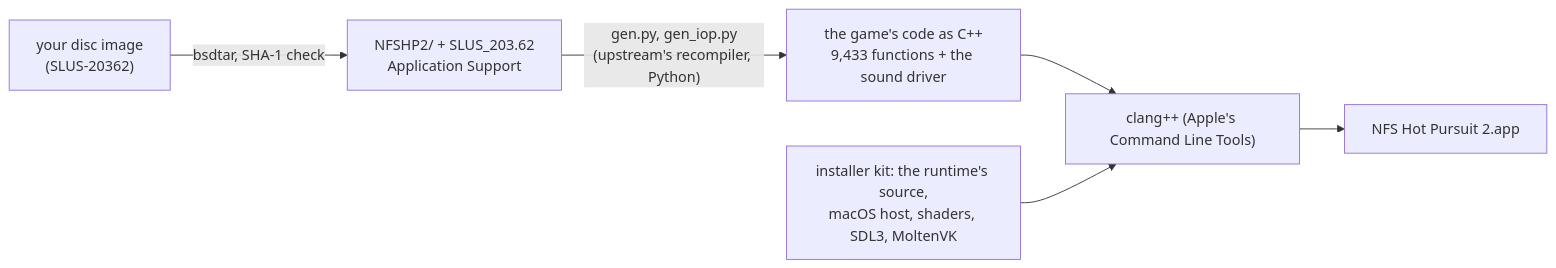
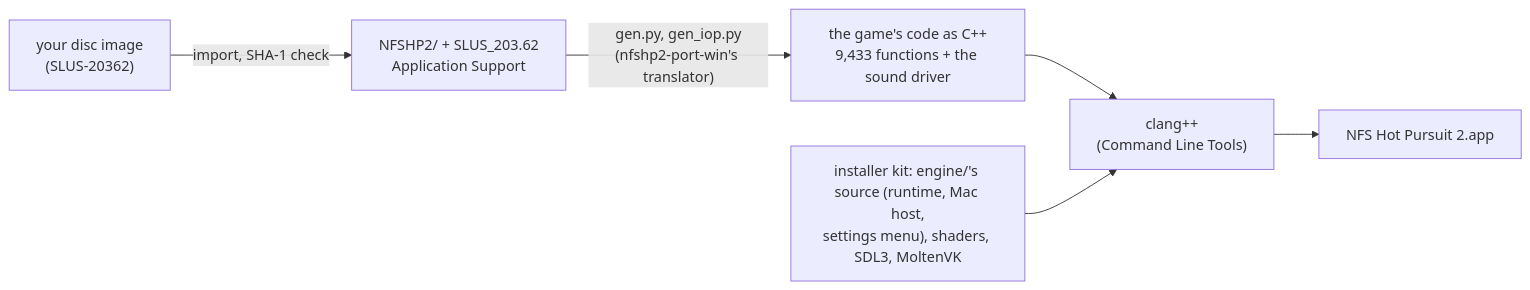
One commit to sanyokkua/nfs-hp2-ps2-port changed the first of 2 diagrams in README.md. Above: the diagram before and after it, drawn with Mermaid. The commit also changed other lines of this file and 80 other files, not shown here.

````diff
--- a/README.md
+++ b/README.md
@@ -66,8 +132,8 @@
 ```mermaid
 flowchart LR
-    ISO["your disc image<br/>(SLUS-20362)"] -->|bsdtar, SHA-1 check| GAME["NFSHP2/ + SLUS_203.62<br/>Application Support"]
-    GAME -->|"gen.py, gen_iop.py<br/>(upstream's recompiler, Python)"| CPP["the game's code as C++<br/>9,433 functions + the sound driver"]
-    CPP --> CLANG["clang++ (Apple's Command Line Tools)"]
-    KIT["installer kit: the runtime's source,<br/>macOS host, shaders, SDL3, MoltenVK"] --> CLANG
+    ISO["your disc image<br/>(SLUS-20362)"] -->|"import, SHA-1 check"| GAME["NFSHP2/ + SLUS_203.62<br/>Application Support"]
+    GAME -->|"gen.py, gen_iop.py<br/>(nfshp2-port-win's translator)"| CPP["the game's code as C++<br/>9,433 functions + the sound driver"]
+    CPP --> CLANG["clang++<br/>(Command Line Tools)"]
+    KIT["installer kit: engine/'s source (runtime, Mac host,<br/>settings menu), shaders, SDL3, MoltenVK"] --> CLANG
     CLANG --> APP["NFS Hot Pursuit 2.app"]
 ```
````
